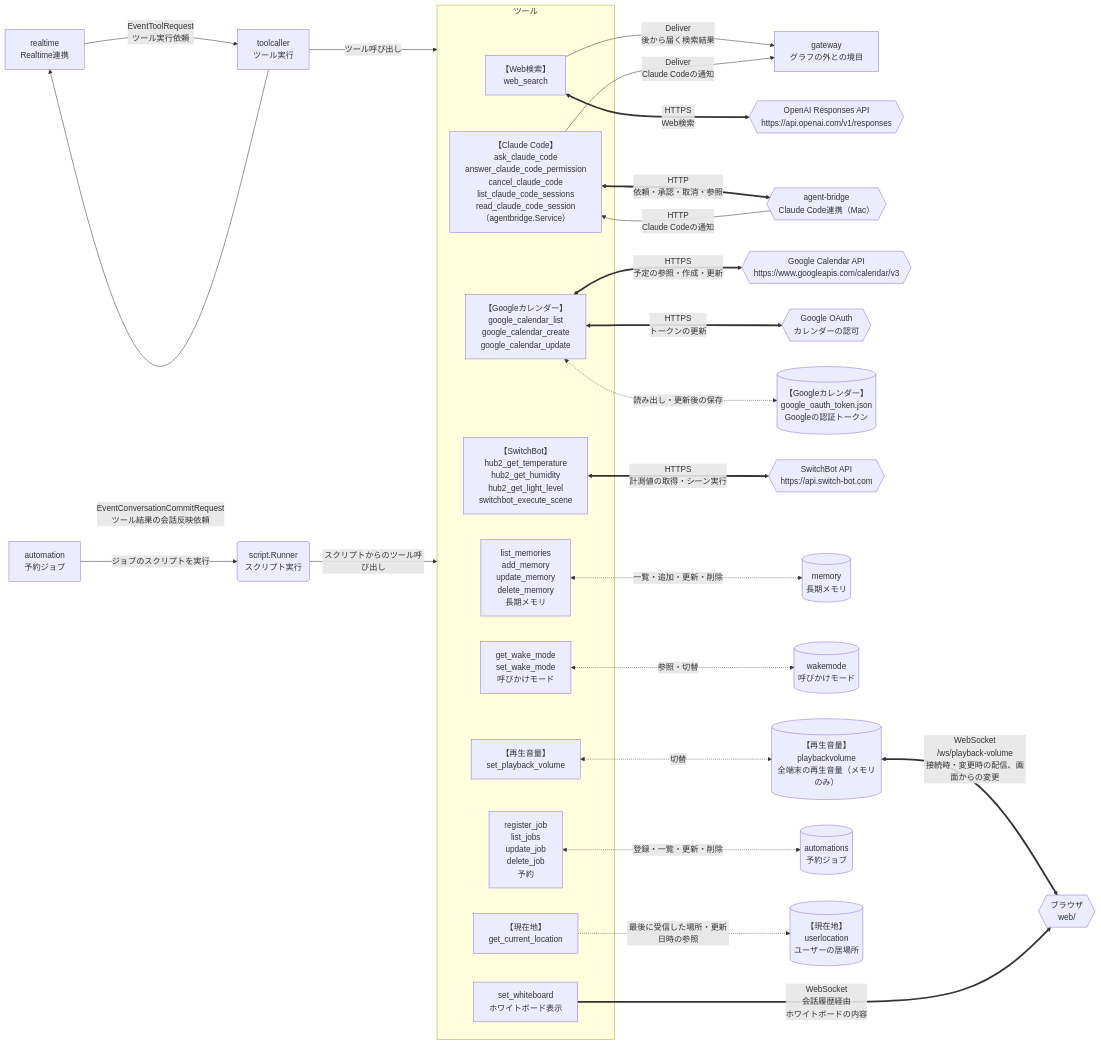
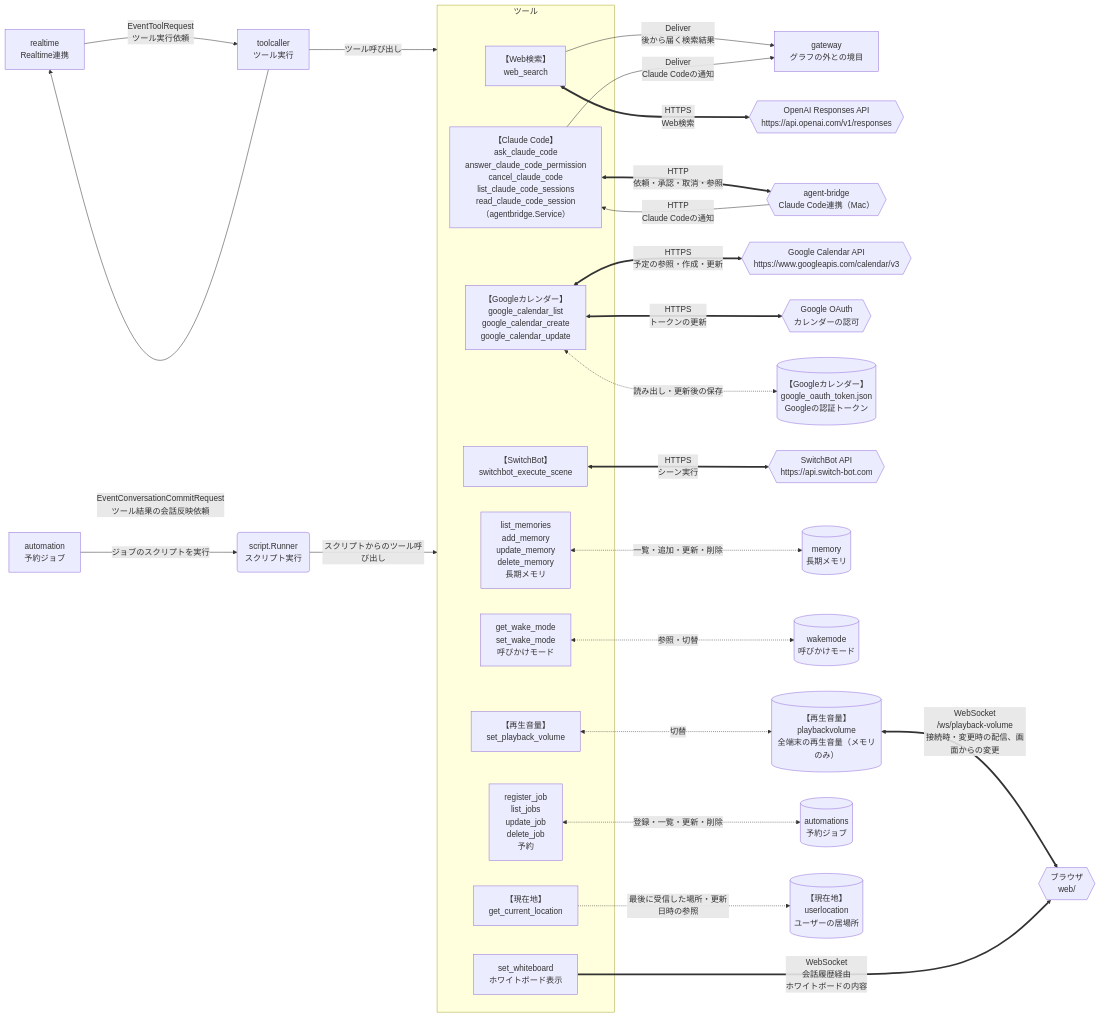
The third of 3 diagrams in README.md (tetetratra/smart-speaker), drawn with Mermaid before and after one commit. The commit also changed other lines of this file and 11 other files, not shown here.

````diff
--- a/README.md
+++ b/README.md
@@ -167,58 +171,58 @@
 ```mermaid
 flowchart LR
     rt["realtime<br/>Realtime連携"]
     tool["toolcaller<br/>ツール実行"]
     scheduler["automation<br/>予約ジョブ"]
     runner("script.Runner<br/>スクリプト実行")
     gateway["gateway<br/>グラフの外との境目"]
 
     subgraph toolset["ツール"]
         webSearchTool["【Web検索】<br/>web_search"]
         claudeCodeTool["【Claude Code】<br/>ask_claude_code<br/>answer_claude_code_permission<br/>cancel_claude_code<br/>list_claude_code_sessions<br/>read_claude_code_session<br/>（agentbridge.Service）"]
         calendarTool["【Googleカレンダー】<br/>google_calendar_list<br/>google_calendar_create<br/>google_calendar_update"]
-        switchBotTool["【SwitchBot】<br/>hub2_get_temperature<br/>hub2_get_humidity<br/>hub2_get_light_level<br/>switchbot_execute_scene"]
+        switchBotTool["【SwitchBot】<br/>switchbot_execute_scene"]
         memoryTool["list_memories<br/>add_memory<br/>update_memory<br/>delete_memory<br/>長期メモリ"]
         wakeModeTool["get_wake_mode<br/>set_wake_mode<br/>呼びかけモード"]
         volumeTool["【再生音量】<br/>set_playback_volume"]
         automationTool["register_job<br/>list_jobs<br/>update_job<br/>delete_job<br/>予約"]
         whiteboardTool["set_whiteboard<br/>ホワイトボード表示"]
         locationTool["【現在地】<br/>get_current_location"]
     end
 
 
     openaiResponses{{"OpenAI Responses API<br/>https://api.openai.com/v1/responses"}}
     agentBridge{{"agent-bridge<br/>Claude Code連携（Mac）"}}
     googleCalendar{{"Google Calendar API<br/>https://www.googleapis.com/calendar/v3"}}
     googleOAuth{{"Google OAuth<br/>カレンダーの認可"}}
     googleTokenStore[("【Googleカレンダー】<br/>google_oauth_token.json<br/>Googleの認証トークン")]
     switchBot{{"SwitchBot API<br/>https://api.switch-bot.com"}}
     memoryStore[("memory<br/>長期メモリ")]
     wakeModeStore[("wakemode<br/>呼びかけモード")]
     volumeStore[("【再生音量】<br/>playbackvolume<br/>全端末の再生音量（メモリのみ）")]
     automationStore[("automations<br/>予約ジョブ")]
     locationStore[("【現在地】<br/>userlocation<br/>ユーザーの居場所")]
     browser{{"ブラウザ<br/>web/"}}
 
     rt -->|"EventToolRequest<br/>ツール実行依頼"| tool
     tool -->|"EventConversationCommitRequest<br/>ツール結果の会話反映依頼"| rt
     tool -->|"ツール呼び出し"| toolset
     scheduler -->|"ジョブのスクリプトを実行"| runner
     runner -->|"スクリプトからのツール呼び出し"| toolset
 
     webSearchTool <==>|"HTTPS<br/>Web検索"| openaiResponses
     webSearchTool -->|"Deliver<br/>後から届く検索結果"| gateway
     claudeCodeTool <==>|"HTTP<br/>依頼・承認・取消・参照"| agentBridge
     agentBridge -->|"HTTP<br/>Claude Codeの通知"| claudeCodeTool
     claudeCodeTool -->|"Deliver<br/>Claude Codeの通知"| gateway
     calendarTool <==>|"HTTPS<br/>予定の参照・作成・更新"| googleCalendar
     calendarTool <-.->|"読み出し・更新後の保存"| googleTokenStore
     calendarTool <==>|"HTTPS<br/>トークンの更新"| googleOAuth
-    switchBotTool <==>|"HTTPS<br/>計測値の取得・シーン実行"| switchBot
+    switchBotTool <==>|"HTTPS<br/>シーン実行"| switchBot
     memoryTool <-.->|"一覧・追加・更新・削除"| memoryStore
     wakeModeTool <-.->|"参照・切替"| wakeModeStore
     volumeTool <-.->|"切替"| volumeStore
     volumeStore <==>|"WebSocket<br/>/ws/playback-volume<br/>接続時・変更時の配信、画面からの変更"| browser
     automationTool <-.->|"登録・一覧・更新・削除"| automationStore
     locationTool -.->|"最後に受信した場所・更新日時の参照"| locationStore
     whiteboardTool ==>|"WebSocket<br/>会話履歴経由<br/>ホワイトボードの内容"| browser
 ```
````
